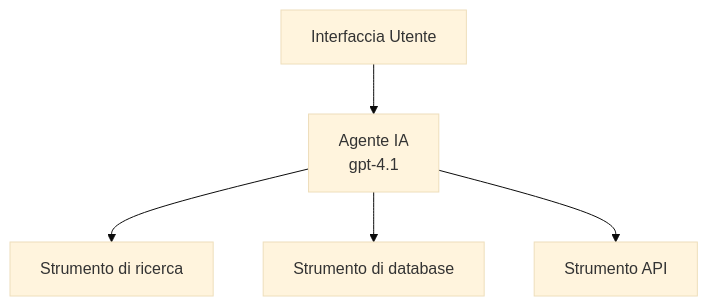
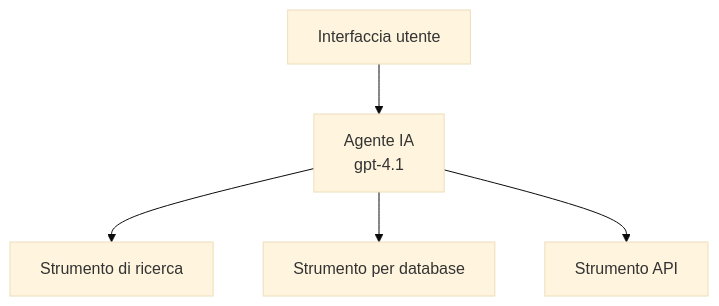
One commit to microsoft/AZD-for-beginners changed the first of 3 diagrams in translations/it/docs/chapter-02-ai-development/agents.md. Above: the diagram before and after it, drawn with Mermaid (base theme). The commit also changed other lines of this file and 104 other files, not shown here.

````diff
--- a/translations/it/docs/chapter-02-ai-development/agents.md
+++ b/translations/it/docs/chapter-02-ai-development/agents.md
@@ -157,7 +162,7 @@
 ```mermaid
 graph TD
-    UI[Interfaccia Utente] --> Agent[Agente IA<br/>gpt-4.1]
+    UI[Interfaccia utente] --> Agent[Agente IA<br/>gpt-4.1]
     Agent --> Search[Strumento di ricerca]
-    Agent --> Database[Strumento di database]
+    Agent --> Database[Strumento per database]
     Agent --> API[Strumento API]
 ```
````
